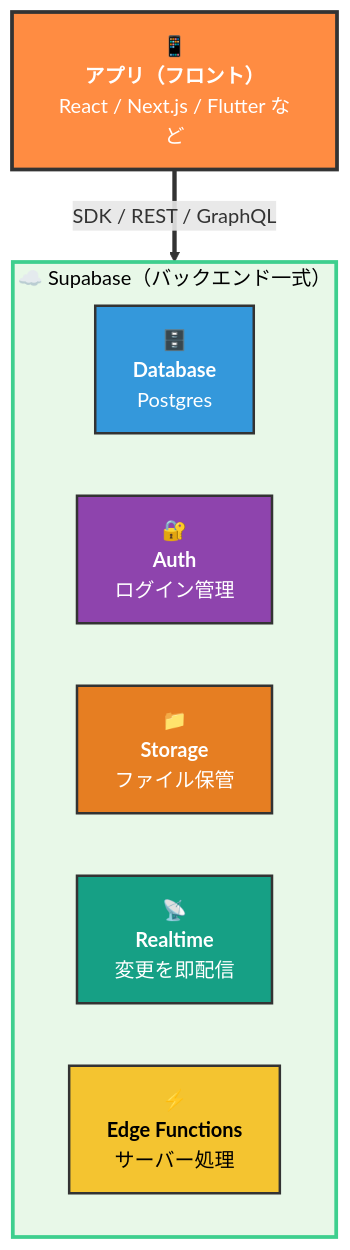
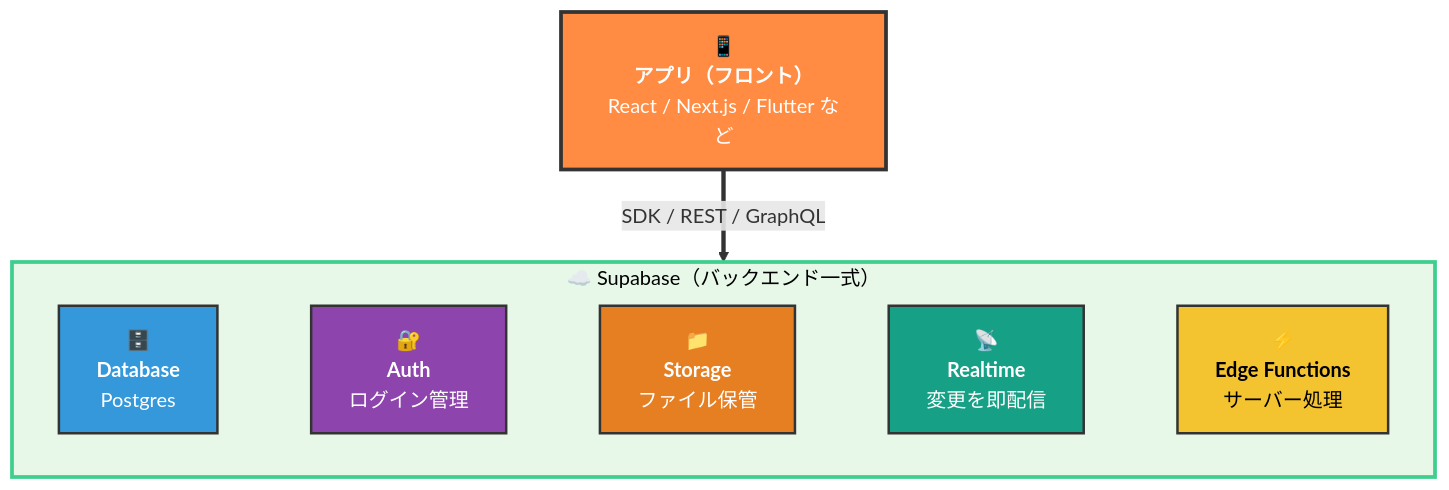
One commit to kasuyaofcb/tech_docs changed the first of 27 diagrams in supabase/supabase.md. Above: the diagram before and after it, drawn with Mermaid.

Commit message:
fix: §1のMermaid図でサービス5項目を横並び表示に修正
不可視リンク(~~~)で順序を強制し、direction LRが効かない
レンダラでも横一列に並ぶようにした。

````diff
--- a/supabase/supabase.md
+++ b/supabase/supabase.md
@@ -9,23 +9,24 @@
 ```mermaid
 flowchart TB
     APP["📱<br/><b>アプリ（フロント）</b><br/>React / Next.js / Flutter など"]
 
     subgraph SB["☁️ Supabase（バックエンド一式）"]
         direction LR
         DB["🗄️<br/><b>Database</b><br/>Postgres"]
         AUTH["🔐<br/><b>Auth</b><br/>ログイン管理"]
         ST["📁<br/><b>Storage</b><br/>ファイル保管"]
         RT["📡<br/><b>Realtime</b><br/>変更を即配信"]
         EF["⚡<br/><b>Edge Functions</b><br/>サーバー処理"]
+        DB ~~~ AUTH ~~~ ST ~~~ RT ~~~ EF
     end
 
     APP ==>|"SDK / REST / GraphQL"| SB
 
     style APP fill:#FF8C42,color:#FFFFFF,stroke:#333,stroke-width:3px
     style SB fill:#E8F8E8,stroke:#3ECF8E,stroke-width:3px,color:#000
     style DB fill:#3498DB,color:#FFFFFF,stroke:#333,stroke-width:2px
     style AUTH fill:#8E44AD,color:#FFFFFF,stroke:#333,stroke-width:2px
     style ST fill:#E67E22,color:#FFFFFF,stroke:#333,stroke-width:2px
     style RT fill:#16A085,color:#FFFFFF,stroke:#333,stroke-width:2px
     style EF fill:#F4C430,color:#000000,stroke:#333,stroke-width:2px
 ```
````
